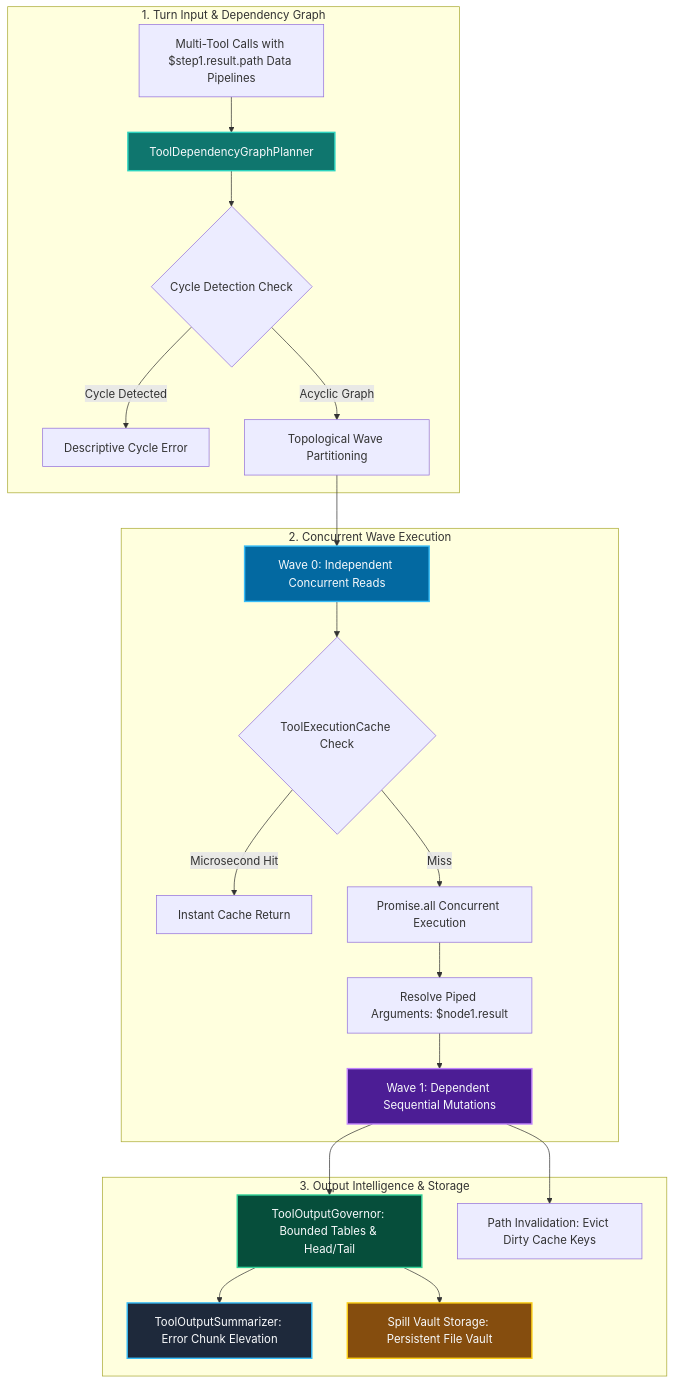
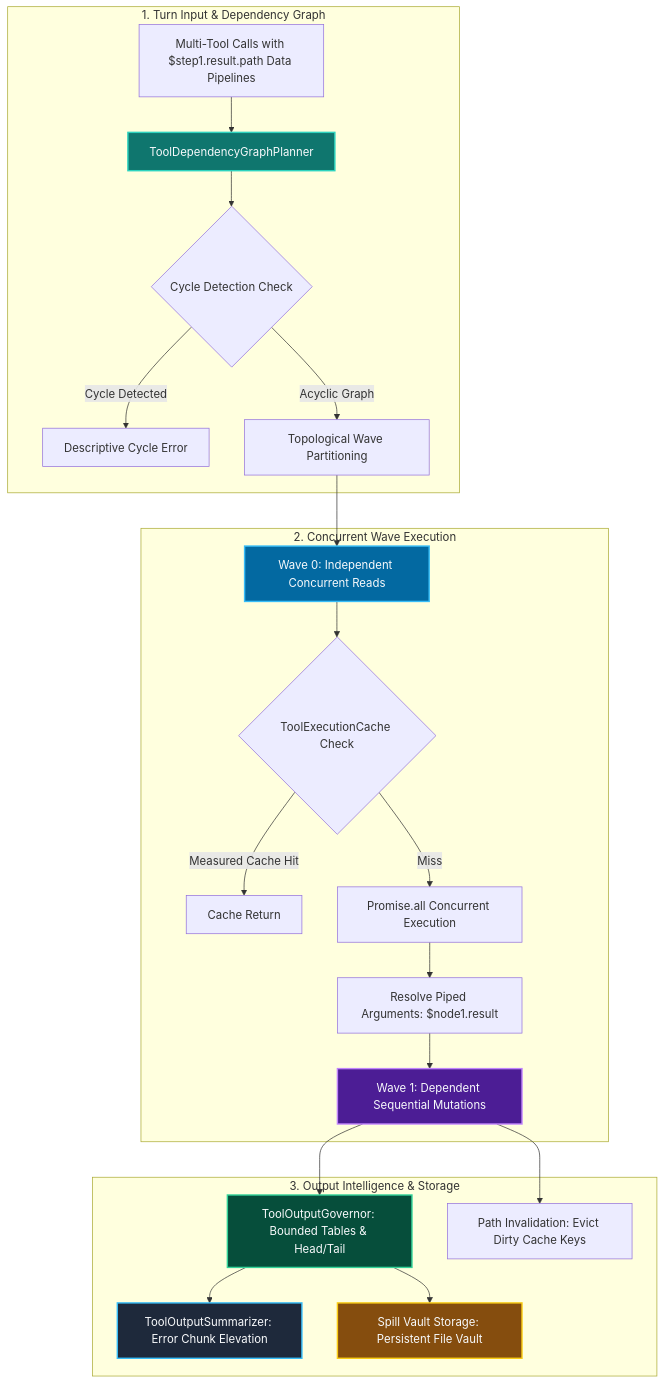
One commit to CardSorting/HEAV3NS changed the sixth of 7 diagrams in docs/ARCHITECTURE_DIAGRAMS.md. Above: the diagram before and after it, drawn with Mermaid. The commit also changed other lines of this file and 474 other files, not shown here.

````diff
--- a/docs/ARCHITECTURE_DIAGRAMS.md
+++ b/docs/ARCHITECTURE_DIAGRAMS.md
@@ -293,33 +293,33 @@
 ```mermaid
 flowchart TD
     subgraph "1. Turn Input & Dependency Graph"
         INP[Multi-Tool Calls with $step1.result.path Data Pipelines] --> DAG[ToolDependencyGraphPlanner]
         DAG --> CYC{Cycle Detection Check}
         CYC -->|Cycle Detected| ABORT[Descriptive Cycle Error]
         CYC -->|Acyclic Graph| PART[Topological Wave Partitioning]
     end
 
     subgraph "2. Concurrent Wave Execution"
         PART --> W0[Wave 0: Independent Concurrent Reads]
         W0 --> CACHE{ToolExecutionCache Check}
-        CACHE -->|Microsecond Hit| HIT[Instant Cache Return]
+        CACHE -->|Measured Cache Hit| HIT[Cache Return]
         CACHE -->|Miss| EXEC0[Promise.all Concurrent Execution]
         
         EXEC0 --> PIPE[Resolve Piped Arguments: $node1.result]
         PIPE --> W1[Wave 1: Dependent Sequential Mutations]
     end
 
     subgraph "3. Output Intelligence & Storage"
         W1 --> GOV[ToolOutputGovernor: Bounded Tables & Head/Tail]
         GOV --> SUM[ToolOutputSummarizer: Error Chunk Elevation]
         GOV --> SPILL[Spill Vault Storage: Persistent File Vault]
         W1 --> INVAL[Path Invalidation: Evict Dirty Cache Keys]
     end
 
     style DAG fill:#0f766e,stroke:#2dd4bf,stroke-width:2px,color:#f8fafc
     style W0 fill:#0369a1,stroke:#38bdf8,stroke-width:2px,color:#f8fafc
     style W1 fill:#4c1d95,stroke:#c084fc,stroke-width:2px,color:#f8fafc
     style GOV fill:#064e3b,stroke:#34d399,stroke-width:2px,color:#f8fafc
     style SUM fill:#1e293b,stroke:#38bdf8,stroke-width:2px,color:#f8fafc
     style SPILL fill:#854d0e,stroke:#facc15,stroke-width:2px,color:#f8fafc
 ```
````
